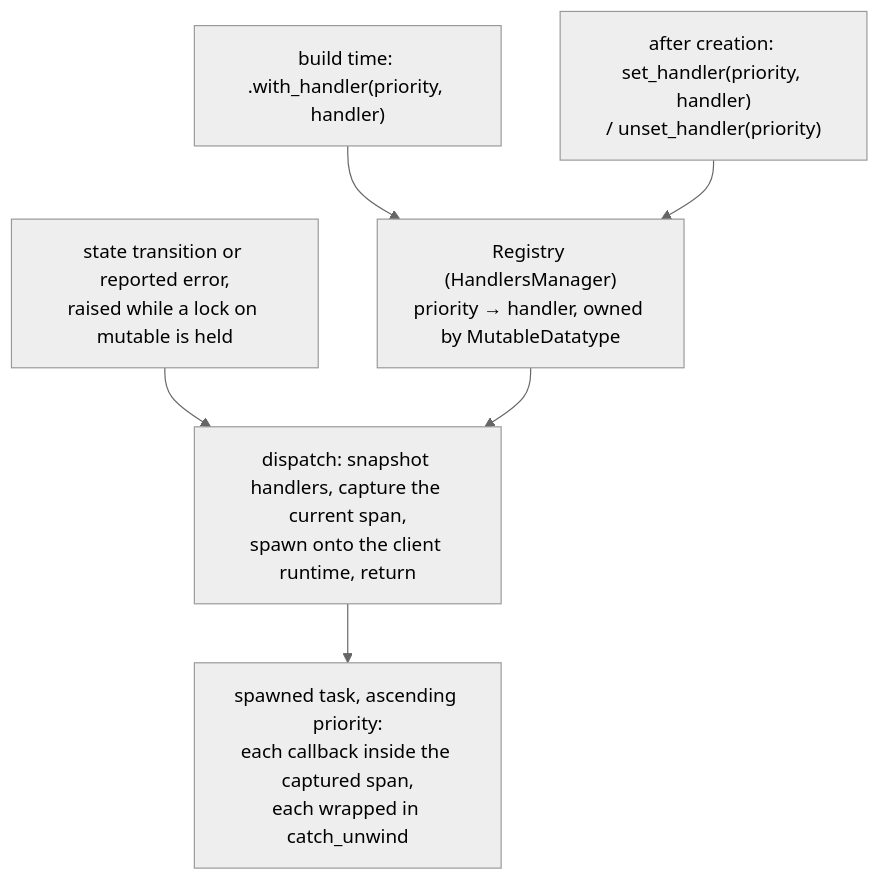
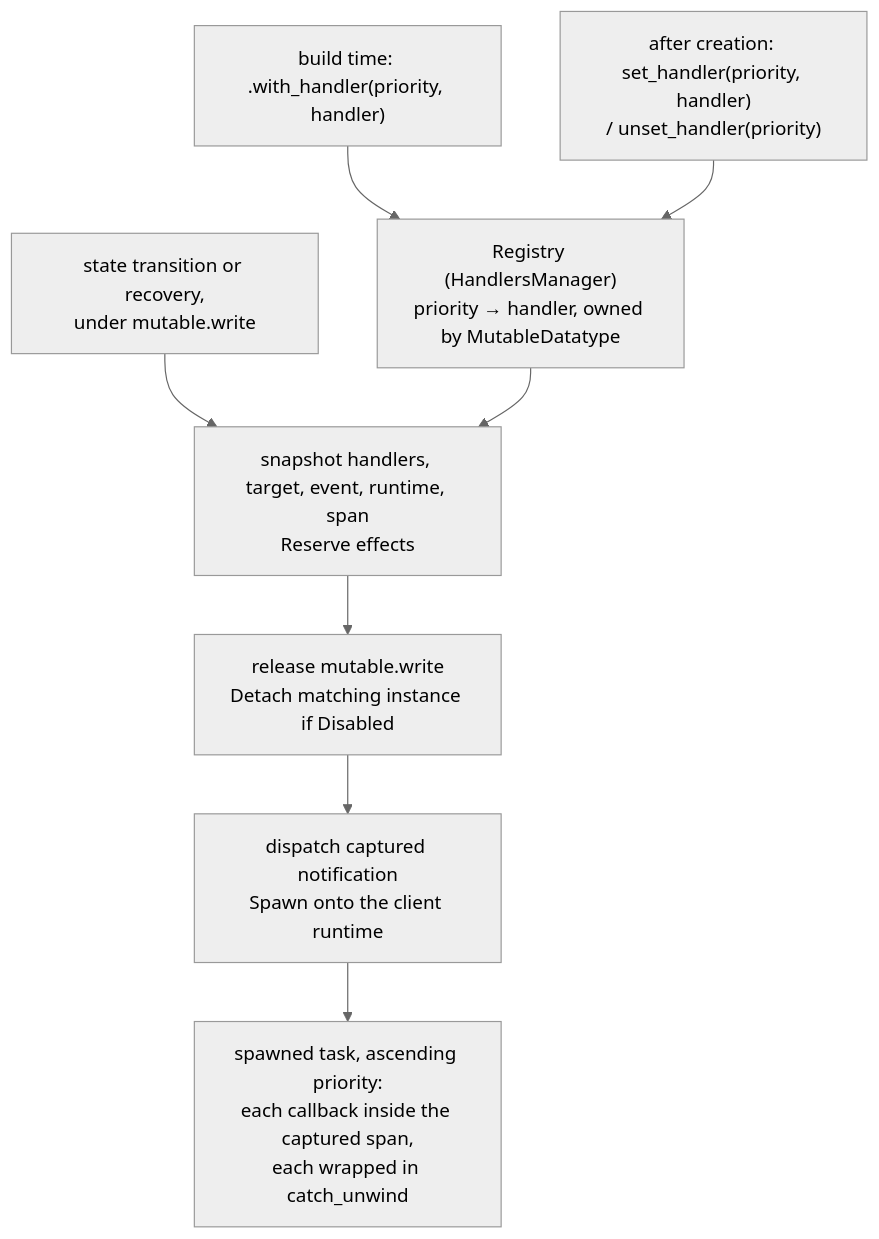
One commit to qortoo/qortoo-rs changed the first of 2 diagrams in docs/handler-system.md. Above: the diagram before and after it, drawn with Mermaid (neutral theme). The commit also changed other lines of this file and 43 other files, not shown here.

````diff
--- a/docs/handler-system.md
+++ b/docs/handler-system.md
@@ -27,15 +30,19 @@
 ```mermaid
 flowchart TD
     Build["build time: .with_handler(priority, handler)"]
     SetAfter["after creation: set_handler(priority, handler)<br/>/ unset_handler(priority)"]
     Registry["Registry (HandlersManager)<br/>priority → handler, owned by MutableDatatype"]
-    Trigger["state transition or reported error,<br/>raised while a lock on mutable is held"]
-    Dispatch["dispatch: snapshot handlers, capture the current span,<br/>spawn onto the client runtime, return"]
+    Trigger["state transition or recovery,<br/>under mutable.write"]
+    Snapshot["snapshot handlers, target, event, runtime, span<br/>Reserve effects"]
+    Unlock["release mutable.write<br/>Detach matching instance if Disabled"]
+    Dispatch["dispatch captured notification<br/>Spawn onto the client runtime"]
     Task["spawned task, ascending priority:<br/>each callback inside the captured span,<br/>each wrapped in catch_unwind"]
 
     Build --> Registry
     SetAfter --> Registry
-    Trigger --> Dispatch
-    Registry --> Dispatch
+    Trigger --> Snapshot
+    Registry --> Snapshot
+    Snapshot --> Unlock
+    Unlock --> Dispatch
     Dispatch --> Task
 ```
````
